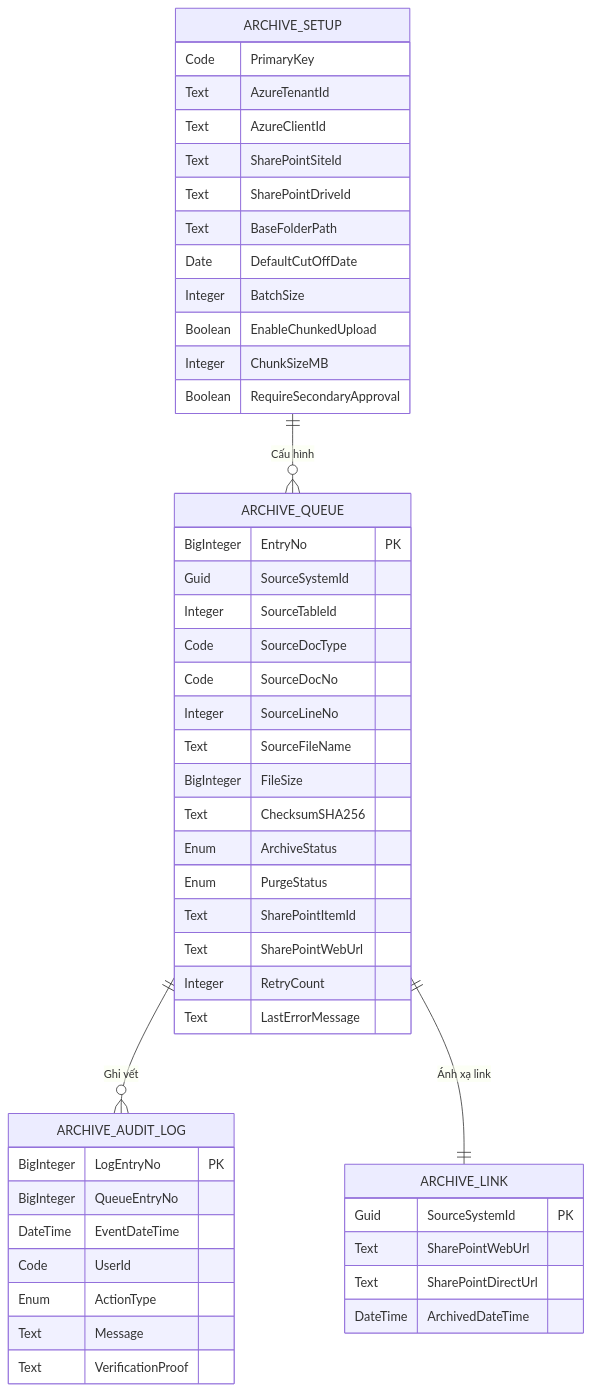
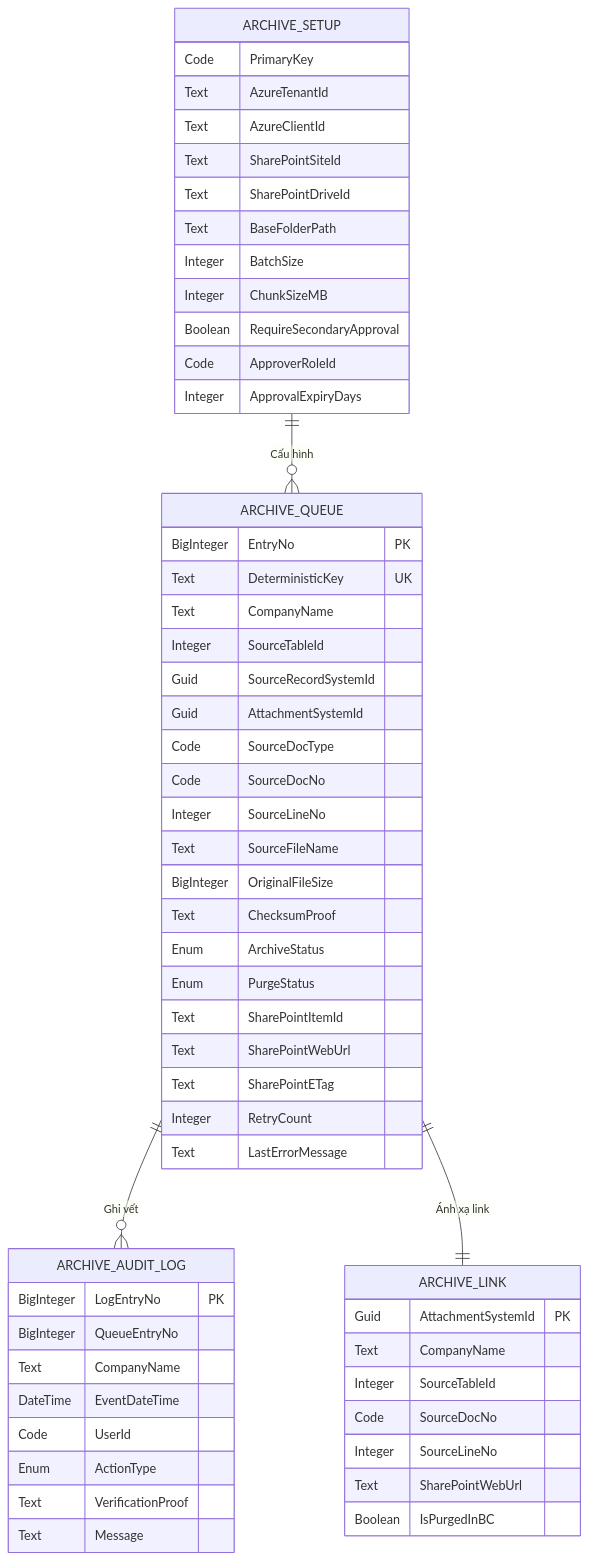
The second of 3 diagrams in docs/TECHNICAL_DESIGN_AND_DATA_MODEL.md (Daniel-DangNam/BC-File-Archiving-to-SharePoint), drawn with Mermaid before and after one commit. The commit also changed other lines of this file, not shown here.

````diff
--- a/docs/TECHNICAL_DESIGN_AND_DATA_MODEL.md
+++ b/docs/TECHNICAL_DESIGN_AND_DATA_MODEL.md
@@ -174,55 +161,63 @@
 ```mermaid
 erDiagram
     ARCHIVE_SETUP ||--o{ ARCHIVE_QUEUE : "Cấu hình"
     ARCHIVE_QUEUE ||--o{ ARCHIVE_AUDIT_LOG : "Ghi vết"
     ARCHIVE_QUEUE ||--|| ARCHIVE_LINK : "Ánh xạ link"
 
     ARCHIVE_SETUP {
         Code PrimaryKey
         Text AzureTenantId
         Text AzureClientId
         Text SharePointSiteId
         Text SharePointDriveId
         Text BaseFolderPath
-        Date DefaultCutOffDate
         Integer BatchSize
-        Boolean EnableChunkedUpload
         Integer ChunkSizeMB
         Boolean RequireSecondaryApproval
+        Code ApproverRoleId
+        Integer ApprovalExpiryDays
     }
 
     ARCHIVE_QUEUE {
         BigInteger EntryNo PK
-        Guid SourceSystemId
+        Text DeterministicKey UK
+        Text CompanyName
         Integer SourceTableId
+        Guid SourceRecordSystemId
+        Guid AttachmentSystemId
         Code SourceDocType
         Code SourceDocNo
         Integer SourceLineNo
         Text SourceFileName
-        BigInteger FileSize
-        Text ChecksumSHA256
+        BigInteger OriginalFileSize
+        Text ChecksumProof
         Enum ArchiveStatus
         Enum PurgeStatus
         Text SharePointItemId
         Text SharePointWebUrl
+        Text SharePointETag
         Integer RetryCount
         Text LastErrorMessage
     }
 
     ARCHIVE_AUDIT_LOG {
         BigInteger LogEntryNo PK
         BigInteger QueueEntryNo
+        Text CompanyName
         DateTime EventDateTime
         Code UserId
         Enum ActionType
+        Text VerificationProof
         Text Message
-        Text VerificationProof
     }
 
     ARCHIVE_LINK {
-        Guid SourceSystemId PK
+        Guid AttachmentSystemId PK
+        Text CompanyName
+        Integer SourceTableId
+        Code SourceDocNo
+        Integer SourceLineNo
         Text SharePointWebUrl
-        Text SharePointDirectUrl
-        DateTime ArchivedDateTime
+        Boolean IsPurgedInBC
     }
 ```
````
